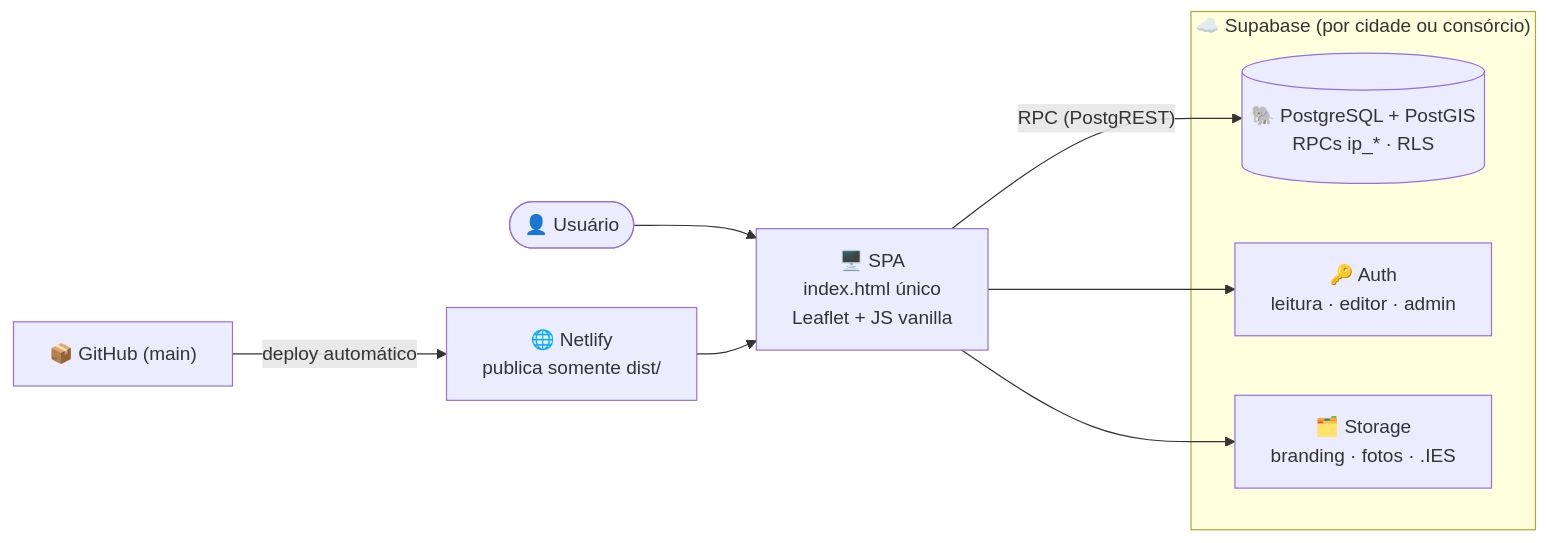
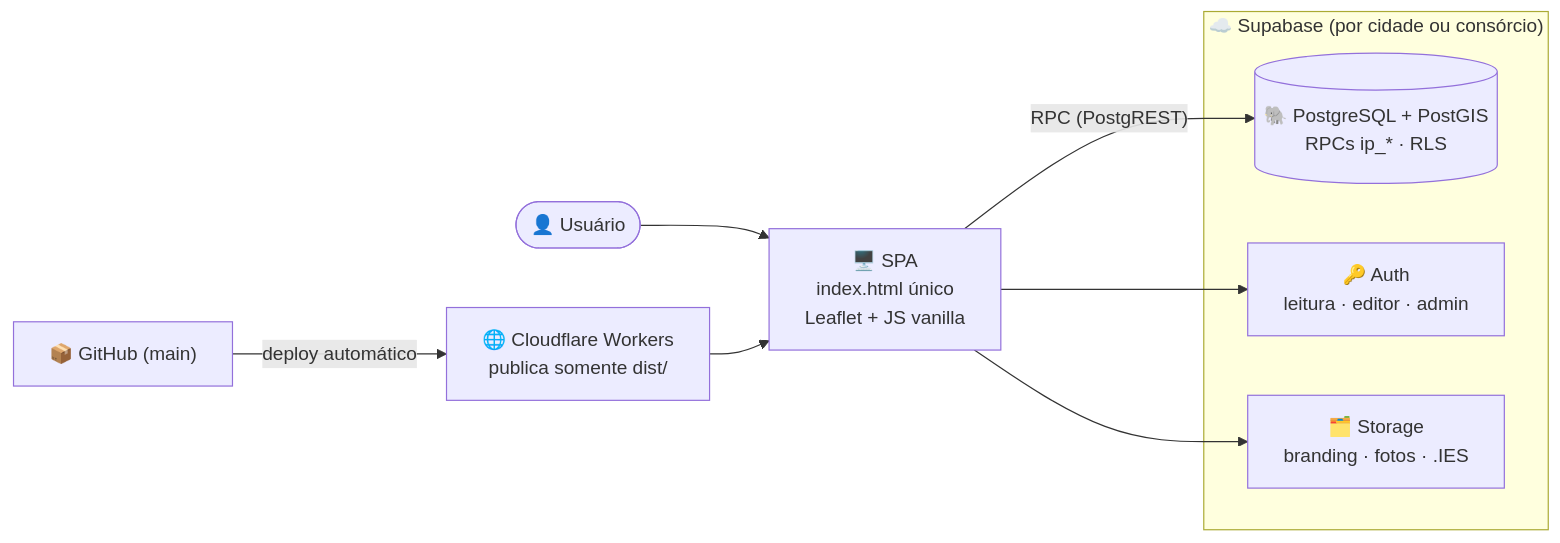
Before and after one commit to DaniloSFValim/openlux: the diagram in README.md, drawn with Mermaid. The commit also changed other lines of this file and 15 other files, not shown here.

First line of the commit message:
chore(deploy): remover Netlify do projeto

````diff
--- a/README.md
+++ b/README.md
@@ -140,17 +139,17 @@
 ```mermaid
 flowchart LR
     U(["👤 Usuário"]) --> SPA["🖥️ SPA<br/>index.html único<br/>Leaflet + JS vanilla"]
 
     subgraph Supabase ["☁️ Supabase (por cidade ou consórcio)"]
         DB[("🐘 PostgreSQL + PostGIS<br/>RPCs ip_* · RLS")]
         AUTH["🔑 Auth<br/>leitura · editor · admin"]
         STG["🗂️ Storage<br/>branding · fotos · .IES"]
     end
 
     SPA -- "RPC (PostgREST)" --> DB
     SPA --> AUTH
     SPA --> STG
 
-    GH["📦 GitHub (main)"] -- "deploy automático" --> NF["🌐 Netlify<br/>publica somente dist/"]
+    GH["📦 GitHub (main)"] -- "deploy automático" --> NF["🌐 Cloudflare Workers<br/>publica somente dist/"]
     NF --> SPA
 ```
````
